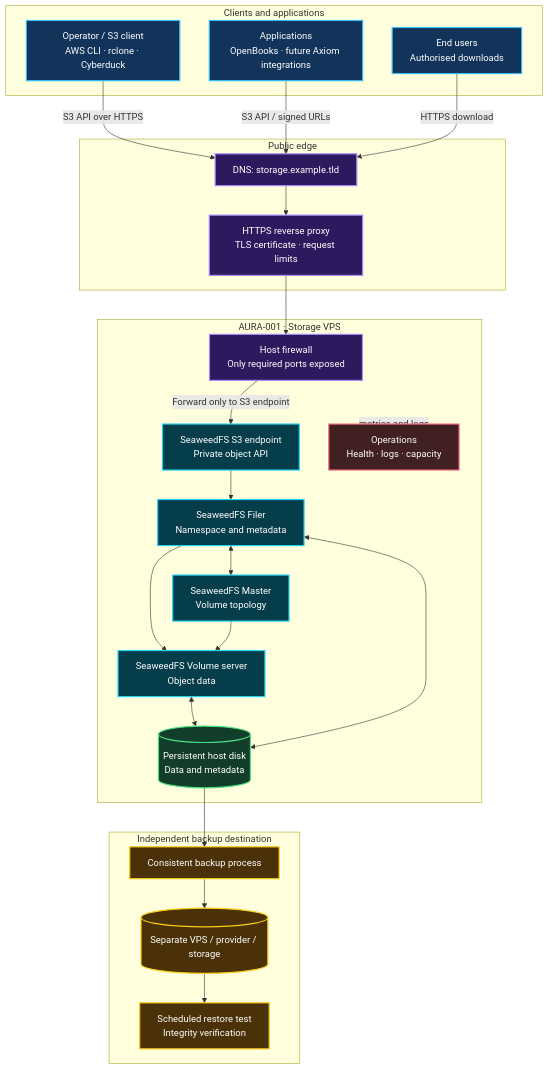
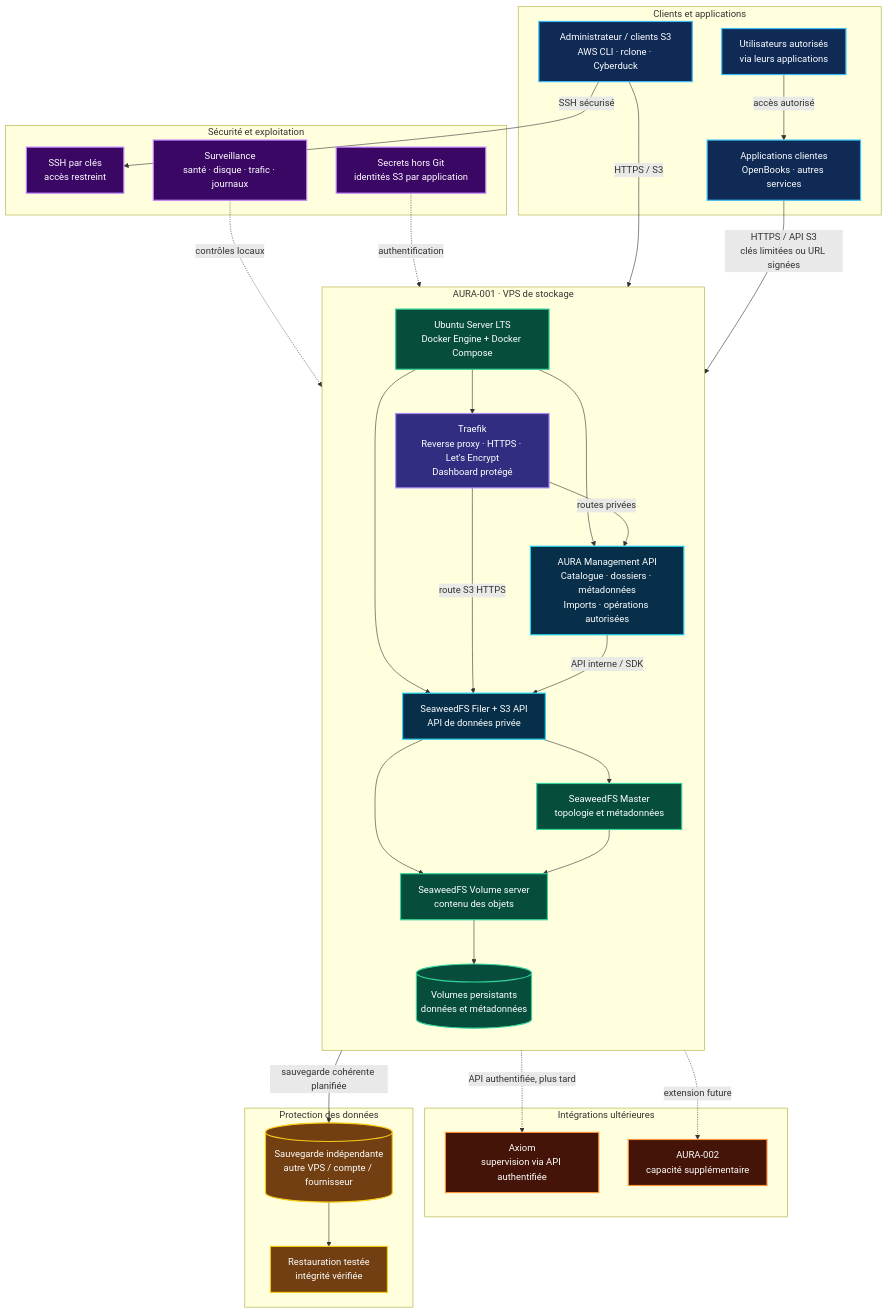
Before and after one commit to digitaleflex/aura-storage: the diagram in docs/ARCHITECTURE-DIAGRAM.md, drawn with Mermaid. The commit also changed other lines of this file, not shown here.

Commit message:
docs: refresh rendered architecture diagram for Traefik

````diff
--- a/docs/ARCHITECTURE-DIAGRAM.md
+++ b/docs/ARCHITECTURE-DIAGRAM.md
@@ -5,60 +5,73 @@
 ```mermaid
 flowchart TB
-    subgraph CLIENTS["Clients and applications"]
-      ADMIN["Operator / S3 client<br/>AWS CLI · rclone · Cyberduck"]
-      APPS["Applications<br/>OpenBooks · future Axiom integrations"]
-      USERS["End users<br/>Authorised downloads"]
+    %% AURA Storage — target architecture, initial single-node MVP
+    classDef client fill:#102A56,stroke:#38BDF8,color:#FFFFFF,stroke-width:2px
+    classDef proxy fill:#312E81,stroke:#A78BFA,color:#FFFFFF,stroke-width:2px
+    classDef api fill:#082F49,stroke:#22D3EE,color:#FFFFFF,stroke-width:2px
+    classDef storage fill:#064E3B,stroke:#34D399,color:#FFFFFF,stroke-width:2px
+    classDef ops fill:#3B0764,stroke:#C084FC,color:#FFFFFF,stroke-width:2px
+    classDef backup fill:#713F12,stroke:#FACC15,color:#FFFFFF,stroke-width:2px
+    classDef future fill:#431407,stroke:#FB923C,color:#FFFFFF,stroke-width:2px
+
+    subgraph CLIENTS["Clients et applications"]
+      OPERATOR["Administrateur / clients S3<br/>AWS CLI · rclone · Cyberduck"]
+      APPS["Applications clientes<br/>OpenBooks · autres services"]
+      USERS["Utilisateurs autorisés<br/>via leurs applications"]
     end
 
-    subgraph EDGE["Public edge"]
-      DNS["DNS: storage.example.tld"]
-      TLS["HTTPS reverse proxy<br/>TLS certificate · request limits"]
+    subgraph AURA["AURA-001 · VPS de stockage"]
+      direction TB
+      HOST["Ubuntu Server LTS<br/>Docker Engine + Docker Compose"]
+      TRAEFIK["Traefik<br/>Reverse proxy · HTTPS · Let's Encrypt<br/>Dashboard protégé"]
+      MGMT["AURA Management API<br/>Catalogue · dossiers · métadonnées<br/>Imports · opérations autorisées"]
+      S3["SeaweedFS Filer + S3 API<br/>API de données privée"]
+      MASTER["SeaweedFS Master<br/>topologie et métadonnées"]
+      VOLUME["SeaweedFS Volume server<br/>contenu des objets"]
+      DISK[("Volumes persistants<br/>données et métadonnées")]
+      HOST --> TRAEFIK
+      HOST --> MGMT
+      HOST --> S3
+      TRAEFIK -->|"routes privées"| MGMT
+      TRAEFIK -->|"route S3 HTTPS"| S3
+      MGMT -->|"API interne / SDK"| S3
+      S3 --> MASTER
+      S3 --> VOLUME
+      MASTER --> VOLUME
+      VOLUME --> DISK
     end
 
-    subgraph VPS["AURA-001 · Storage VPS"]
-      FW["Host firewall<br/>Only required ports exposed"]
-      S3["SeaweedFS S3 endpoint<br/>Private object API"]
-      FILER["SeaweedFS Filer<br/>Namespace and metadata"]
-      MASTER["SeaweedFS Master<br/>Volume topology"]
-      VOLUME["SeaweedFS Volume server<br/>Object data"]
-      DISK[("Persistent host disk<br/>Data and metadata")]
-      OPS["Operations<br/>Health · logs · capacity"]
+    subgraph OPERATIONS["Sécurité et exploitation"]
+      SSH["SSH par clés<br/>accès restreint"]
+      MON["Surveillance<br/>santé · disque · trafic · journaux"]
+      SECRETS["Secrets hors Git<br/>identités S3 par application"]
     end
 
-    subgraph BACKUP["Independent backup destination"]
-      SNAP["Consistent backup process"]
-      VAULT[("Separate VPS / provider / storage")]
-      RESTORE["Scheduled restore test<br/>Integrity verification"]
+    subgraph RECOVERY["Protection des données"]
+      BACKUP[("Sauvegarde indépendante<br/>autre VPS / compte / fournisseur")]
+      RESTORE["Restauration testée<br/>intégrité vérifiée"]
     end
 
-    ADMIN -->|"S3 API over HTTPS"| DNS
-    APPS -->|"S3 API / signed URLs"| DNS
-    USERS -->|"HTTPS download"| DNS
-    DNS --> TLS
-    TLS --> FW
-    FW -->|"Forward only to S3 endpoint"| S3
-    S3 --> FILER
-    FILER <--> MASTER
-    FILER --> VOLUME
-    MASTER --> VOLUME
-    VOLUME <--> DISK
-    FILER <--> DISK
-    VPS -. "metrics and logs" .-> OPS
-    DISK --> SNAP
-    SNAP --> VAULT
-    VAULT --> RESTORE
+    subgraph FUTURE["Intégrations ultérieures"]
+      AXIOM["Axiom<br/>supervision via API authentifiée"]
+      AURA2["AURA-002<br/>capacité supplémentaire"]
+    end
 
-    classDef client fill:#12345a,stroke:#38bdf8,color:#ffffff,stroke-width:2px
-    classDef edge fill:#2e185e,stroke:#a78bfa,color:#ffffff,stroke-width:2px
-    classDef service fill:#063d4b,stroke:#22d3ee,color:#ffffff,stroke-width:2px
-    classDef disk fill:#123d2a,stroke:#4ade80,color:#ffffff,stroke-width:2px
-    classDef backup fill:#4a3108,stroke:#facc15,color:#ffffff,stroke-width:2px
-    classDef ops fill:#402020,stroke:#fb7185,color:#ffffff,stroke-width:2px
+    OPERATOR -->|"SSH sécurisé"| SSH
+    OPERATOR -->|"HTTPS / S3"| TRAEFIK
+    APPS -->|"HTTPS / API S3<br/>clés limitées ou URL signées"| TRAEFIK
+    USERS -->|"accès autorisé"| APPS
+    SECRETS -. "authentification" .-> S3
+    MON -. "contrôles locaux" .-> HOST
+    DISK -->|"sauvegarde cohérente planifiée"| BACKUP
+    BACKUP --> RESTORE
+    MGMT -. "API authentifiée, plus tard" .-> AXIOM
+    AURA -. "extension future" .-> AURA2
 
-    class ADMIN,APPS,USERS client
-    class DNS,TLS,FW edge
-    class S3,FILER,MASTER,VOLUME service
-    class DISK disk
-    class SNAP,VAULT,RESTORE backup
-    class OPS ops
+    class OPERATOR,APPS,USERS client
+    class TRAEFIK proxy
+    class MGMT,S3 api
+    class HOST,MASTER,VOLUME,DISK storage
+    class SSH,MON,SECRETS ops
+    class BACKUP,RESTORE backup
+    class AXIOM,AURA2 future
 ```
````
